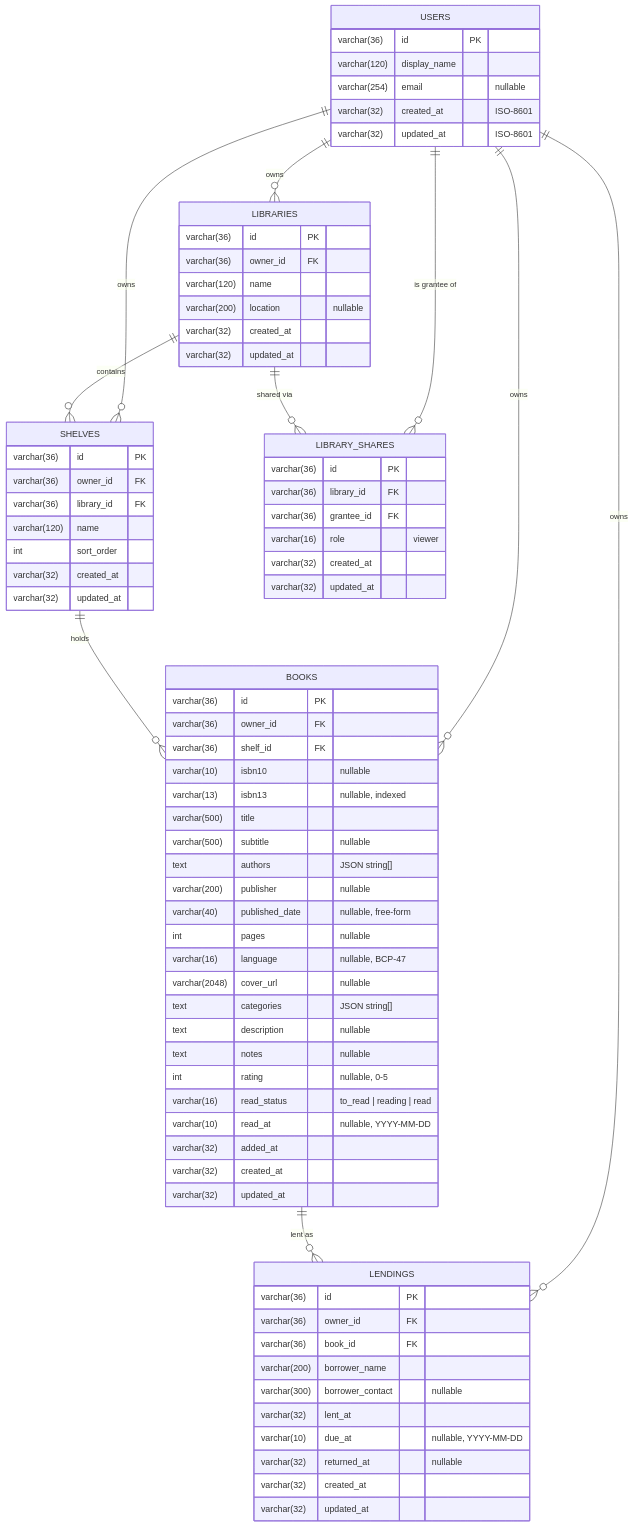
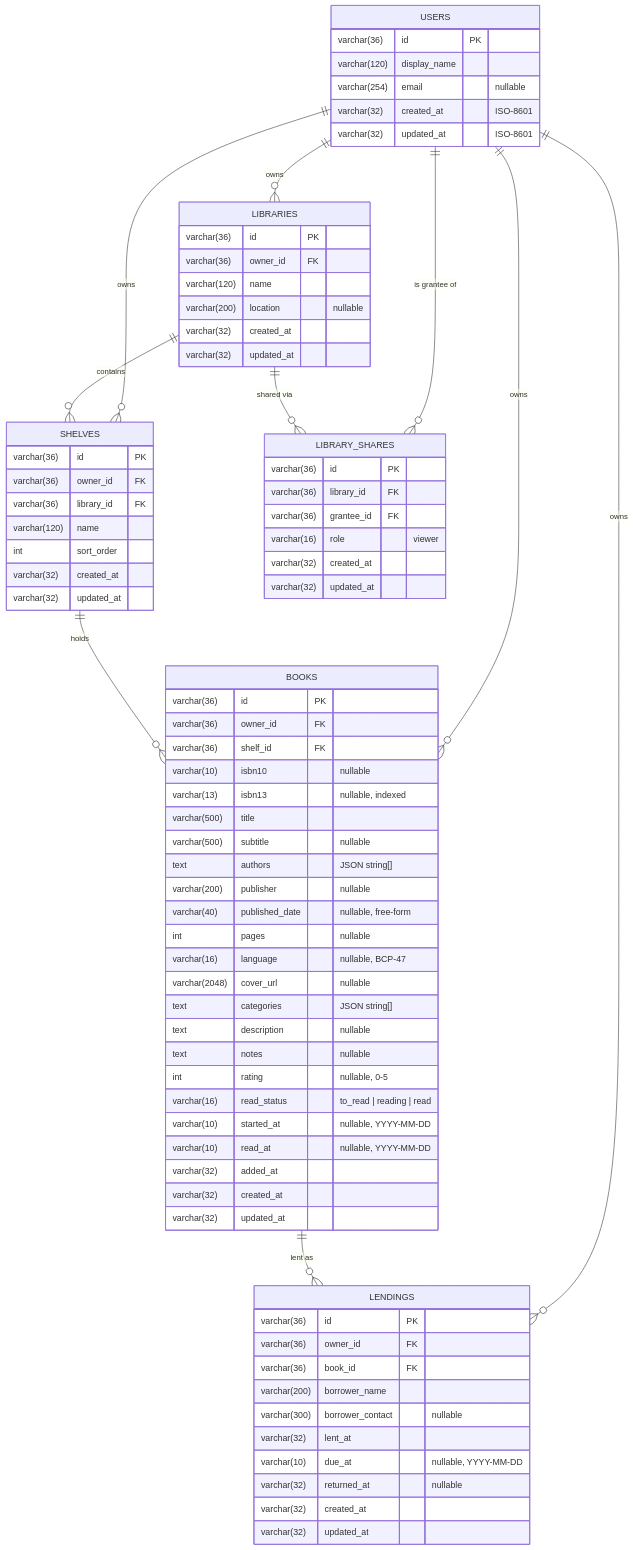
Before and after one commit to RuBiCK/bookguardian: the diagram in docs/data-model.md, drawn with Mermaid. The commit also changed other lines of this file and 36 other files, not shown here.

````diff
--- a/docs/data-model.md
+++ b/docs/data-model.md
@@ -8,81 +8,82 @@
 ```mermaid
 erDiagram
     USERS ||--o{ LIBRARIES : owns
     USERS ||--o{ SHELVES : owns
     USERS ||--o{ BOOKS : owns
     USERS ||--o{ LENDINGS : owns
     USERS ||--o{ LIBRARY_SHARES : "is grantee of"
     LIBRARIES ||--o{ SHELVES : contains
     LIBRARIES ||--o{ LIBRARY_SHARES : "shared via"
     SHELVES ||--o{ BOOKS : holds
     BOOKS ||--o{ LENDINGS : "lent as"
 
     USERS {
         varchar(36) id PK
         varchar(120) display_name
         varchar(254) email "nullable"
         varchar(32) created_at "ISO-8601"
         varchar(32) updated_at "ISO-8601"
     }
     LIBRARIES {
         varchar(36) id PK
         varchar(36) owner_id FK
         varchar(120) name
         varchar(200) location "nullable"
         varchar(32) created_at
         varchar(32) updated_at
     }
     SHELVES {
         varchar(36) id PK
         varchar(36) owner_id FK
         varchar(36) library_id FK
         varchar(120) name
         int sort_order
         varchar(32) created_at
         varchar(32) updated_at
     }
     BOOKS {
         varchar(36) id PK
         varchar(36) owner_id FK
         varchar(36) shelf_id FK
         varchar(10) isbn10 "nullable"
         varchar(13) isbn13 "nullable, indexed"
         varchar(500) title
         varchar(500) subtitle "nullable"
         text authors "JSON string[]"
         varchar(200) publisher "nullable"
         varchar(40) published_date "nullable, free-form"
         int pages "nullable"
         varchar(16) language "nullable, BCP-47"
         varchar(2048) cover_url "nullable"
         text categories "JSON string[]"
         text description "nullable"
         text notes "nullable"
         int rating "nullable, 0-5"
         varchar(16) read_status "to_read | reading | read"
+        varchar(10) started_at "nullable, YYYY-MM-DD"
         varchar(10) read_at "nullable, YYYY-MM-DD"
         varchar(32) added_at
         varchar(32) created_at
         varchar(32) updated_at
     }
     LENDINGS {
         varchar(36) id PK
         varchar(36) owner_id FK
         varchar(36) book_id FK
         varchar(200) borrower_name
         varchar(300) borrower_contact "nullable"
         varchar(32) lent_at
         varchar(10) due_at "nullable, YYYY-MM-DD"
         varchar(32) returned_at "nullable"
         varchar(32) created_at
         varchar(32) updated_at
     }
     LIBRARY_SHARES {
         varchar(36) id PK
         varchar(36) library_id FK
         varchar(36) grantee_id FK
         varchar(16) role "viewer"
         varchar(32) created_at
         varchar(32) updated_at
     }
 ```
````
